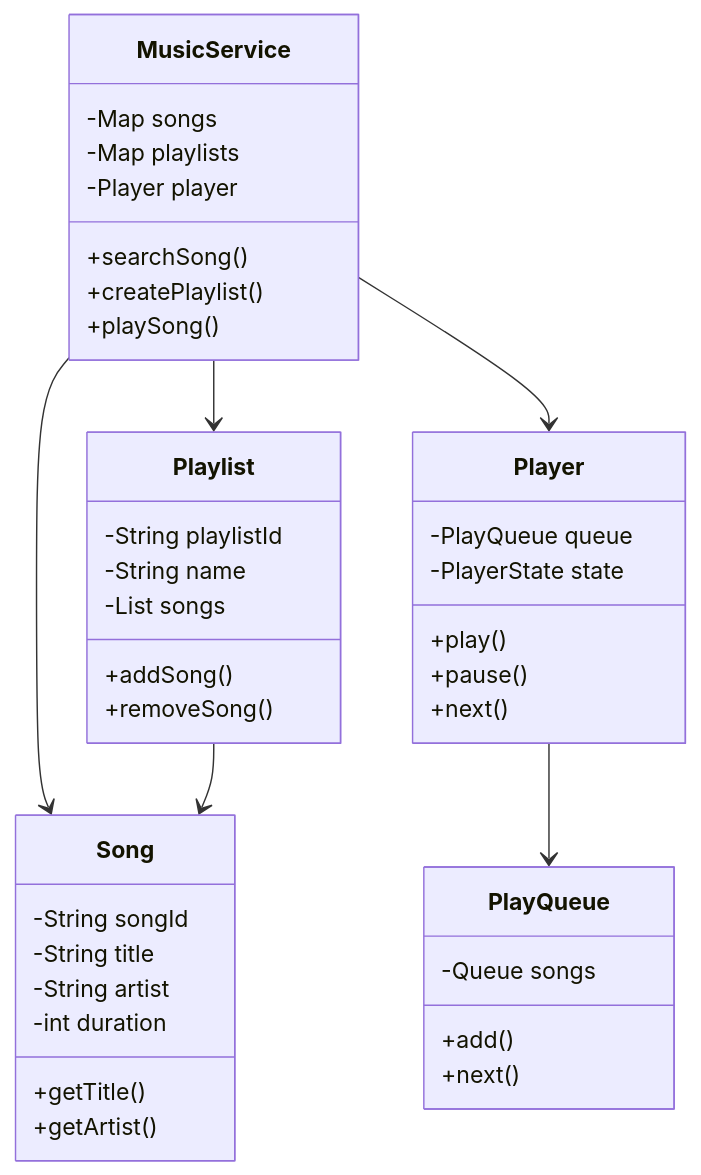
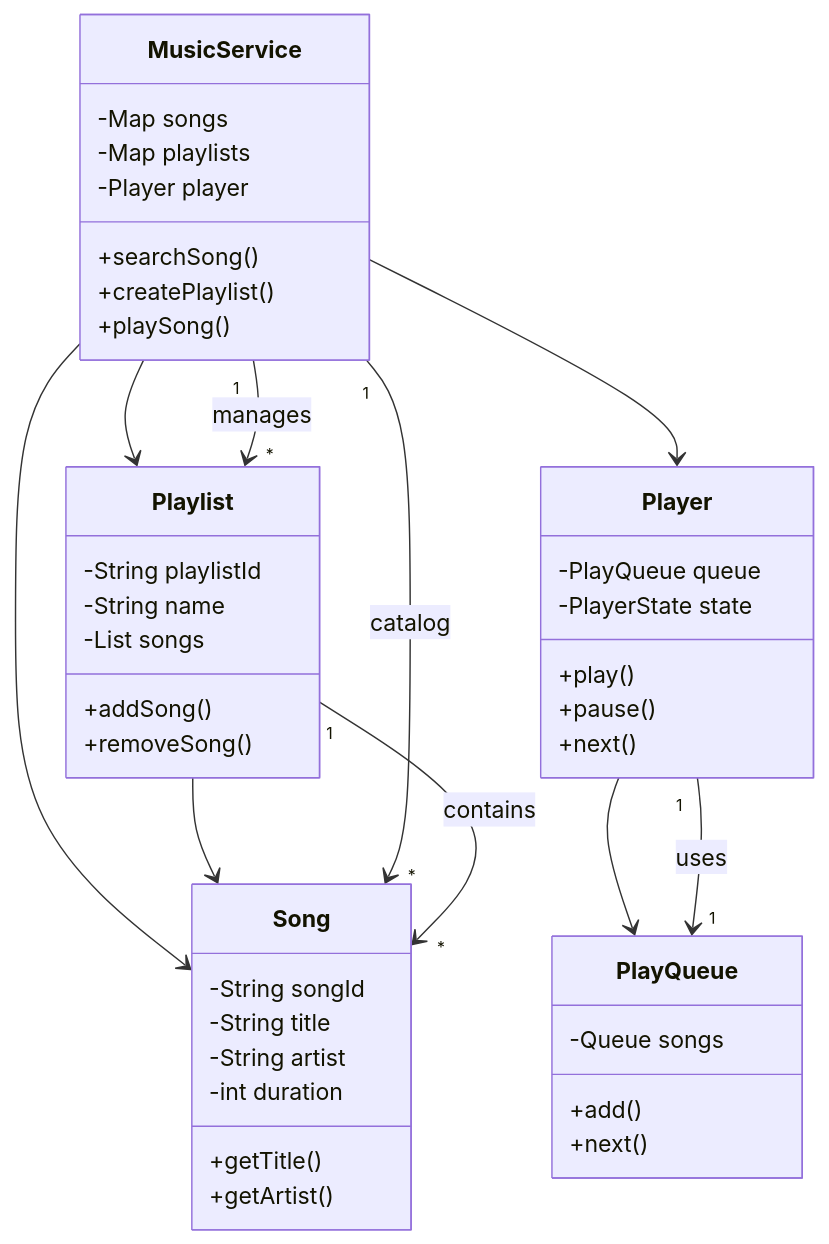
Before and after one commit to mthaiseer/springcloud-systemdesign-notes: the tenth of 19 diagrams in LLD_NOTES/lld_visual_java_reference_mermaid_full_implementation.md, drawn with Mermaid. The commit also changed other lines of this file, not shown here.

````diff
--- a/LLD_NOTES/lld_visual_java_reference_mermaid_full_implementation.md
+++ b/LLD_NOTES/lld_visual_java_reference_mermaid_full_implementation.md
@@ -1966,43 +2269,48 @@
 ```mermaid
 classDiagram
   class MusicService {
     -Map songs
     -Map playlists
     -Player player
     +searchSong()
     +createPlaylist()
     +playSong()
   }
   class Song {
     -String songId
     -String title
     -String artist
     -int duration
     +getTitle()
     +getArtist()
   }
   class Playlist {
     -String playlistId
     -String name
     -List songs
     +addSong()
     +removeSong()
   }
   class Player {
     -PlayQueue queue
     -PlayerState state
     +play()
     +pause()
     +next()
   }
   class PlayQueue {
     -Queue songs
     +add()
     +next()
   }
   MusicService --> Song
   MusicService --> Playlist
   MusicService --> Player
   Playlist --> Song
   Player --> PlayQueue
+  %% Cardinality relationships
+  MusicService "1" --> "*" Song : catalog
+  MusicService "1" --> "*" Playlist : manages
+  Playlist "1" --> "*" Song : contains
+  Player "1" --> "1" PlayQueue : uses
 ```
````
